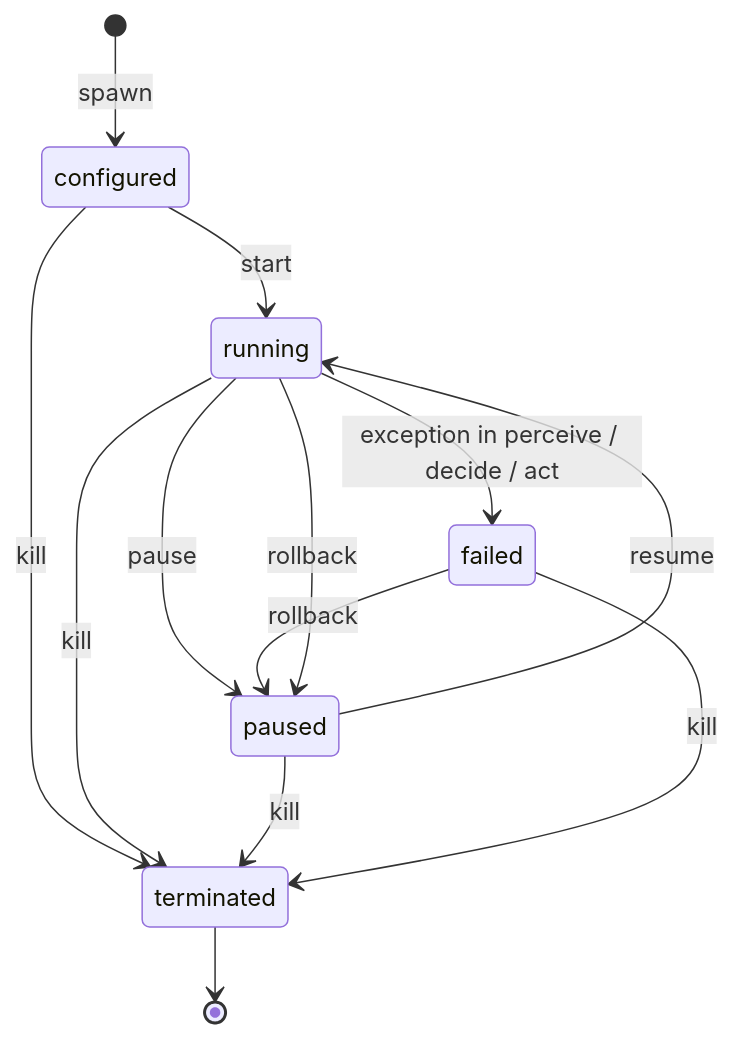
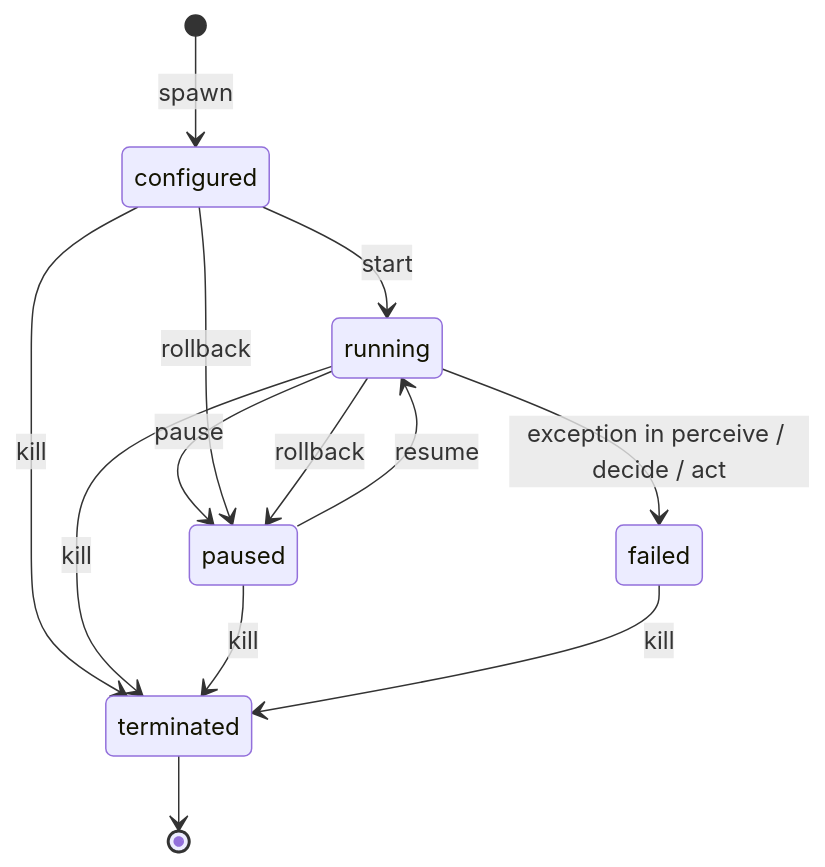
One commit to yashvardhansingh442-dev/MUFFIN changed the first of 2 diagrams in README.md. Above: the diagram before and after it, drawn with Mermaid. The commit also changed other lines of this file, not shown here.

````diff
--- a/README.md
+++ b/README.md
@@ -265,15 +266,15 @@
 ```mermaid
 stateDiagram-v2
     [*] --> configured: spawn
     configured --> running: start
     running --> paused: pause
     paused --> running: resume
     running --> failed: exception in perceive / decide / act
-    failed --> paused: rollback
+    configured --> paused: rollback
     running --> paused: rollback
     configured --> terminated: kill
     running --> terminated: kill
     paused --> terminated: kill
     failed --> terminated: kill
     terminated --> [*]
 ```
````
